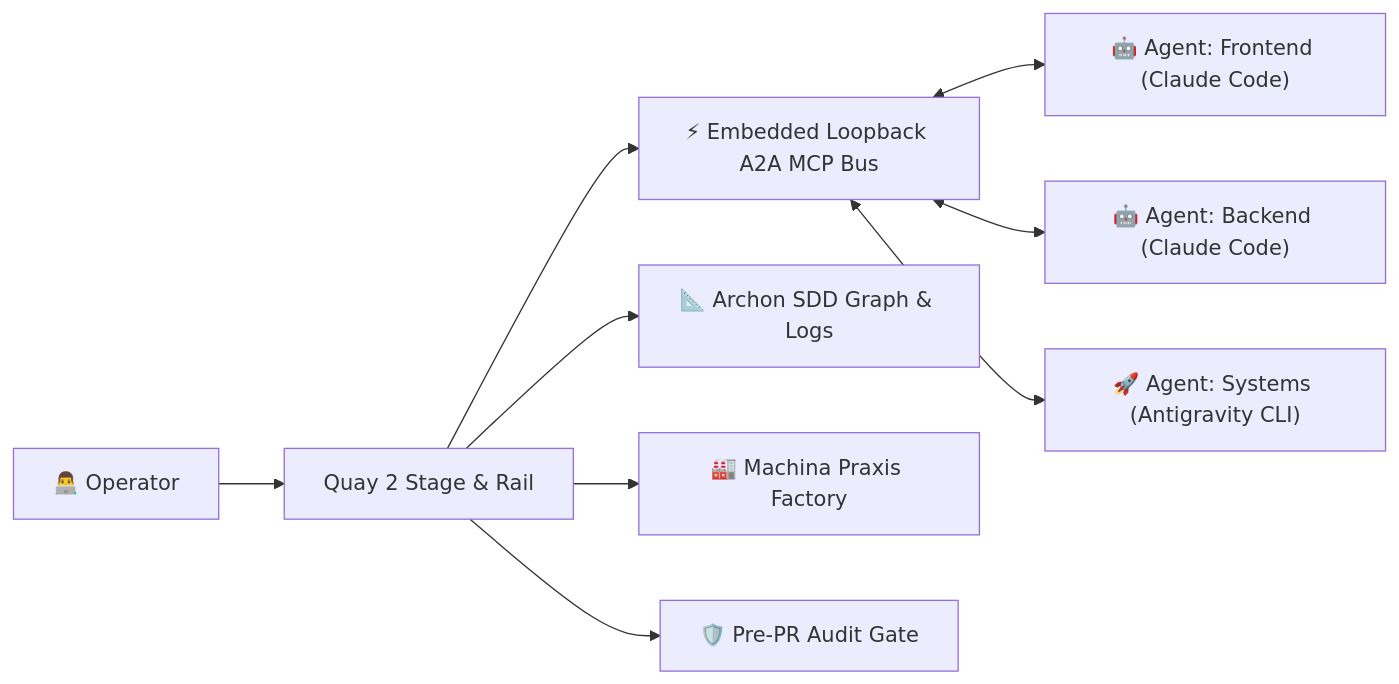
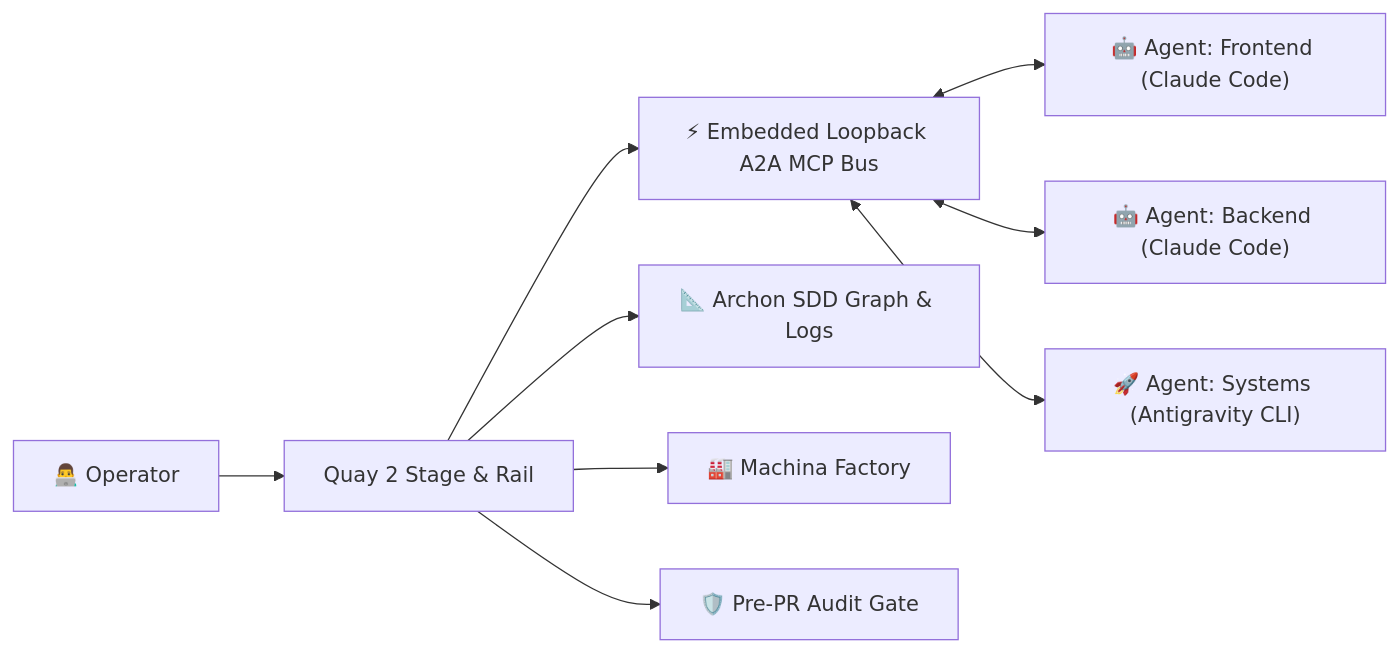
Before and after one commit to seanrobertwright/Quay-2: the diagram in README.md, drawn with Mermaid. The commit also changed other lines of this file and 13 other files, not shown here.

First line of the commit message:
Rename Machina Praxis to Machina in Quay's UI and docs

````diff
--- a/README.md
+++ b/README.md
@@ -30,11 +30,11 @@
 ```mermaid
 flowchart LR
     Operator["👨‍💻 Operator"] --> Stage["Quay 2 Stage & Rail"]
     Stage --> Bus["⚡ Embedded Loopback A2A MCP Bus"]
     Bus <--> Claude1["🤖 Agent: Frontend (Claude Code)"]
     Bus <--> Claude2["🤖 Agent: Backend (Claude Code)"]
     Bus <--> Antigravity["🚀 Agent: Systems (Antigravity CLI)"]
     Stage --> Archon["📐 Archon SDD Graph & Logs"]
-    Stage --> Machina["🏭 Machina Praxis Factory"]
+    Stage --> Machina["🏭 Machina Factory"]
     Stage --> Audit["🛡️ Pre-PR Audit Gate"]
 ```
````
